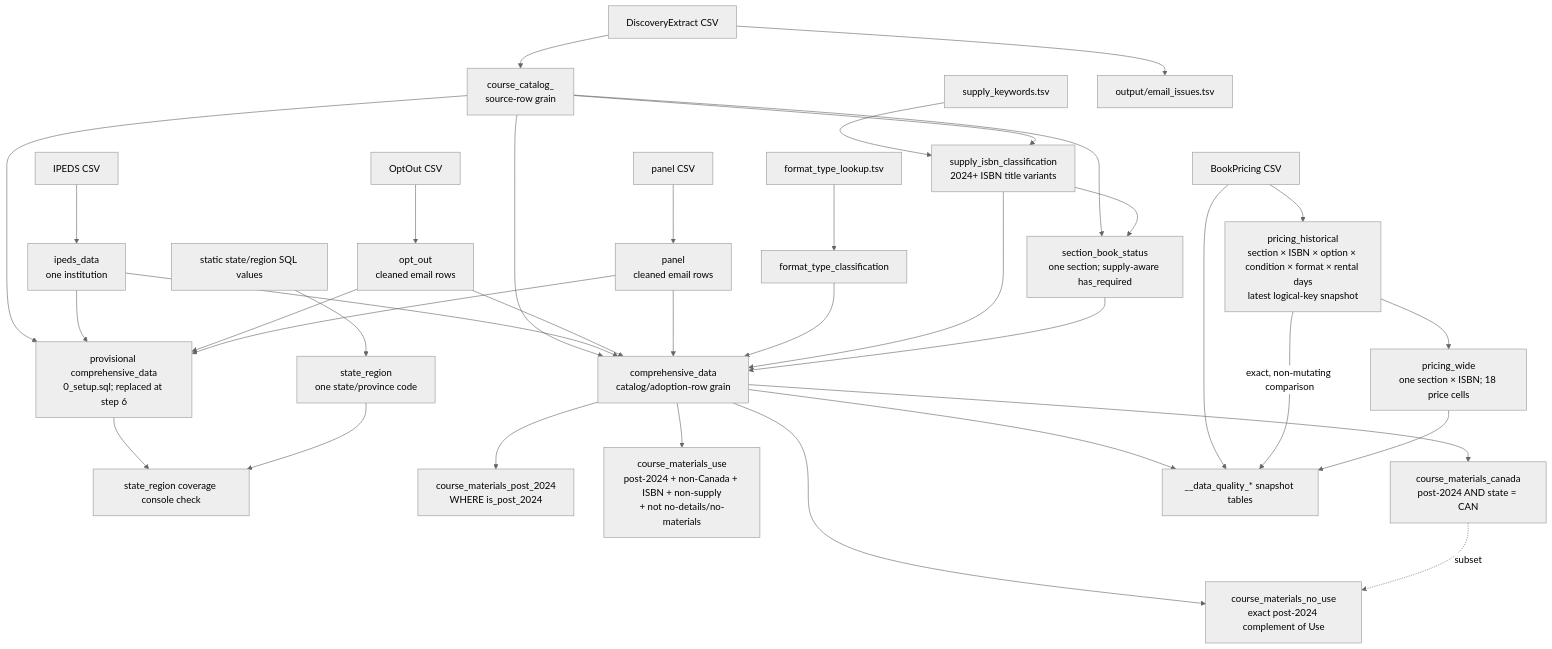
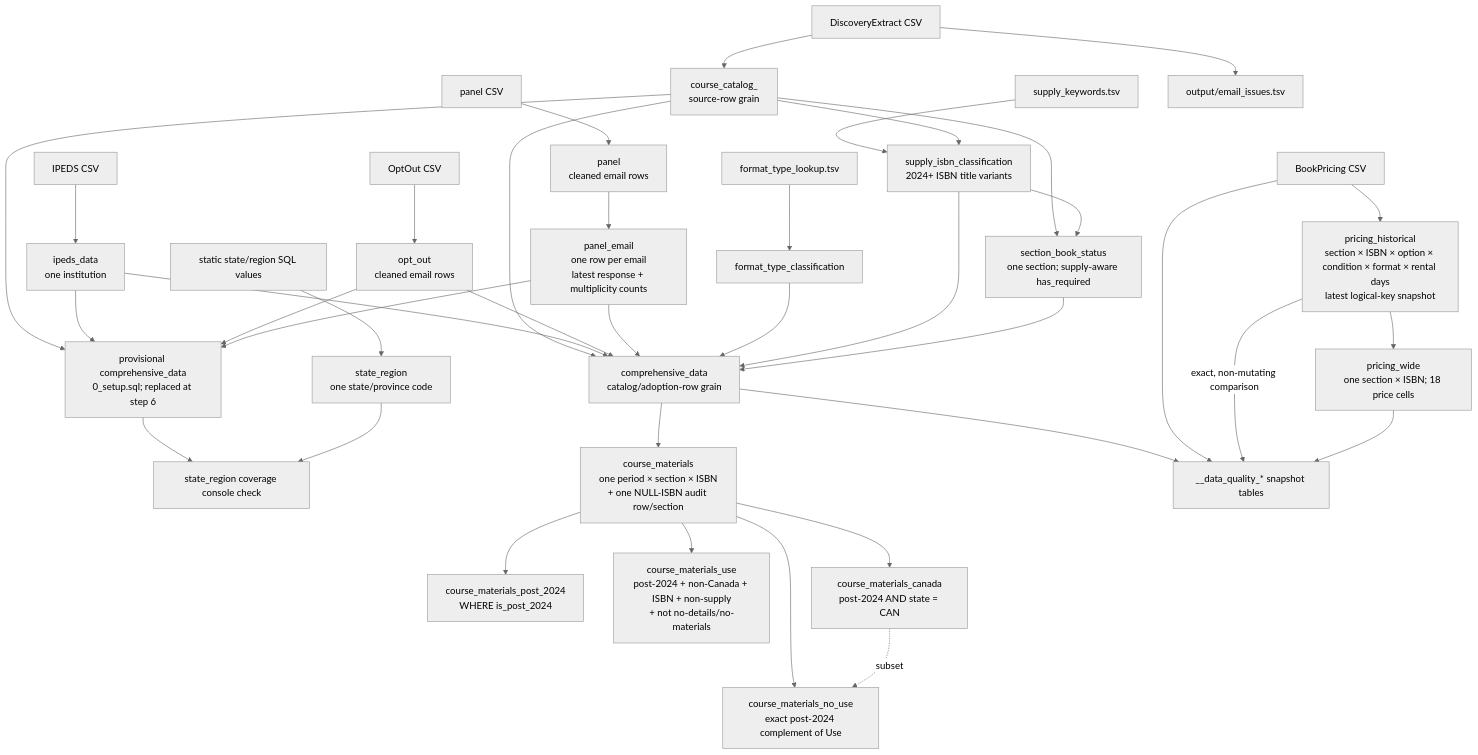
One commit to christopherseaman/commodoreSQL changed the second of 4 diagrams in SCHEMA.md. Above: the diagram before and after it, drawn with Mermaid (neutral theme). The commit also changed other lines of this file and 15 other files, not shown here.

Commit message:
feat: add canonical course materials model

````diff
--- a/SCHEMA.md
+++ b/SCHEMA.md
@@ -197,39 +209,41 @@
 ```mermaid
 flowchart TD
     catalog_csv["DiscoveryExtract CSV"] --> catalog["course_catalog_<date><br/>source-row grain"]
     ipeds_csv["IPEDS CSV"] --> ipeds["ipeds_data<br/>one institution"]
     optout_csv["OptOut CSV"] --> optout["opt_out<br/>cleaned email rows"]
     panel_csv["panel CSV"] --> panel["panel<br/>cleaned email rows"]
+    panel --> panel_email["panel_email<br/>one row per email<br/>latest response + multiplicity counts"]
     pricing_csv["BookPricing CSV"] --> pricing["pricing_historical<br/>section × ISBN × option × condition × format × rental days<br/>latest logical-key snapshot"]
     format_tsv["format_type_lookup.tsv"] --> ftc["format_type_classification"]
     supply_tsv["supply_keywords.tsv"] --> supply["supply_isbn_classification<br/>2024+ ISBN title variants"]
     static_region["static state/region SQL values"] --> region["state_region<br/>one state/province code"]
     catalog_csv --> email_audit["output/email_issues.tsv"]
     catalog --> cd0["provisional comprehensive_data<br/>0_setup.sql; replaced at step 6"]
     ipeds --> cd0
     optout --> cd0
-    panel --> cd0
+    panel_email --> cd0
     cd0 --> region_check["state_region coverage console check"]
     region --> region_check
     catalog --> supply
     catalog --> sbs["section_book_status<br/>one section; supply-aware has_required"]
     supply --> sbs
     catalog --> cd["comprehensive_data<br/>catalog/adoption-row grain"]
     ipeds --> cd
     optout --> cd
-    panel --> cd
+    panel_email --> cd
     ftc --> cd
     supply --> cd
     sbs --> cd
 
-    cd --> post24["course_materials_post_2024<br/>WHERE is_post_2024"]
-    cd --> use["course_materials_use<br/>post-2024 + non-Canada + ISBN + non-supply<br/>+ not no-details/no-materials"]
-    cd --> nouse["course_materials_no_use<br/>exact post-2024 complement of Use"]
-    cd --> canada["course_materials_canada<br/>post-2024 AND state = CAN"]
+    cd --> cm["course_materials<br/>one period × section × ISBN<br/>+ one NULL-ISBN audit row/section"]
+    cm --> post24["course_materials_post_2024<br/>WHERE is_post_2024"]
+    cm --> use["course_materials_use<br/>post-2024 + non-Canada + ISBN + non-supply<br/>+ not no-details/no-materials"]
+    cm --> nouse["course_materials_no_use<br/>exact post-2024 complement of Use"]
+    cm --> canada["course_materials_canada<br/>post-2024 AND state = CAN"]
     canada -. "subset" .-> nouse
     pricing --> pw["pricing_wide<br/>one section × ISBN; 18 price cells"]
     cd --> dq["__data_quality_* snapshot tables"]
     pricing_csv --> dq
     pricing -->|"exact, non-mutating comparison"| dq
     pw --> dq
 ```
````
